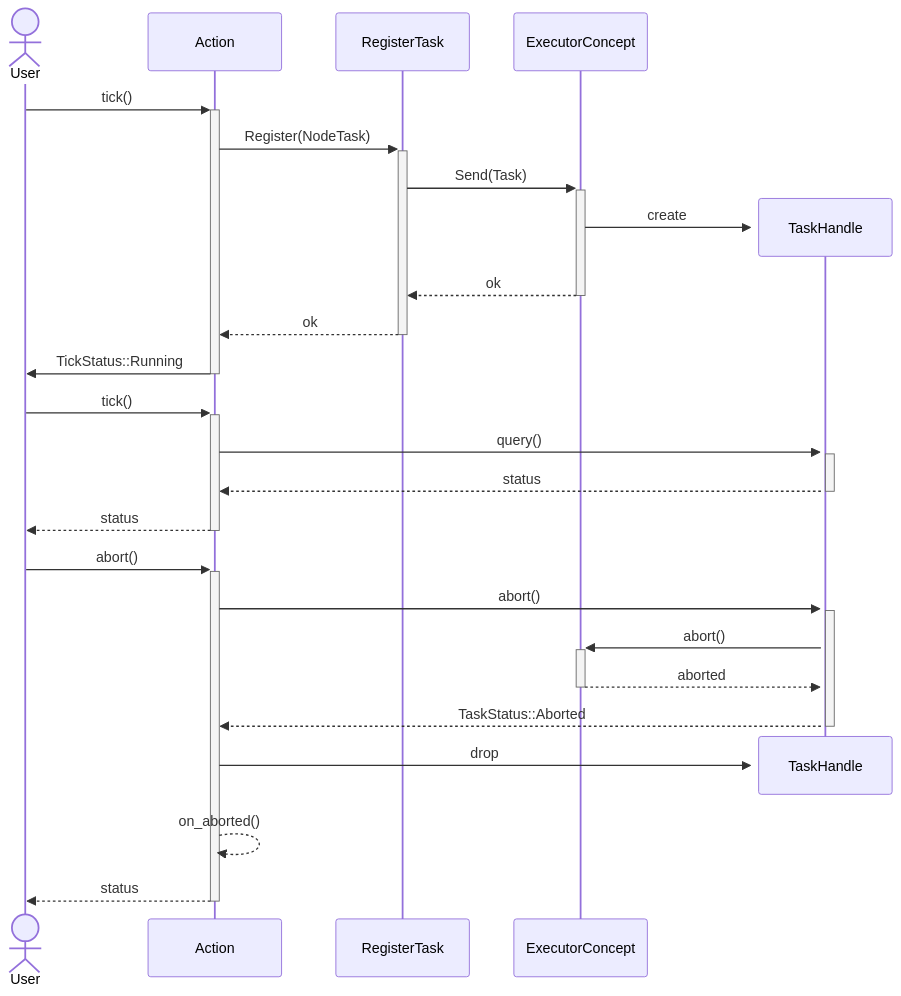
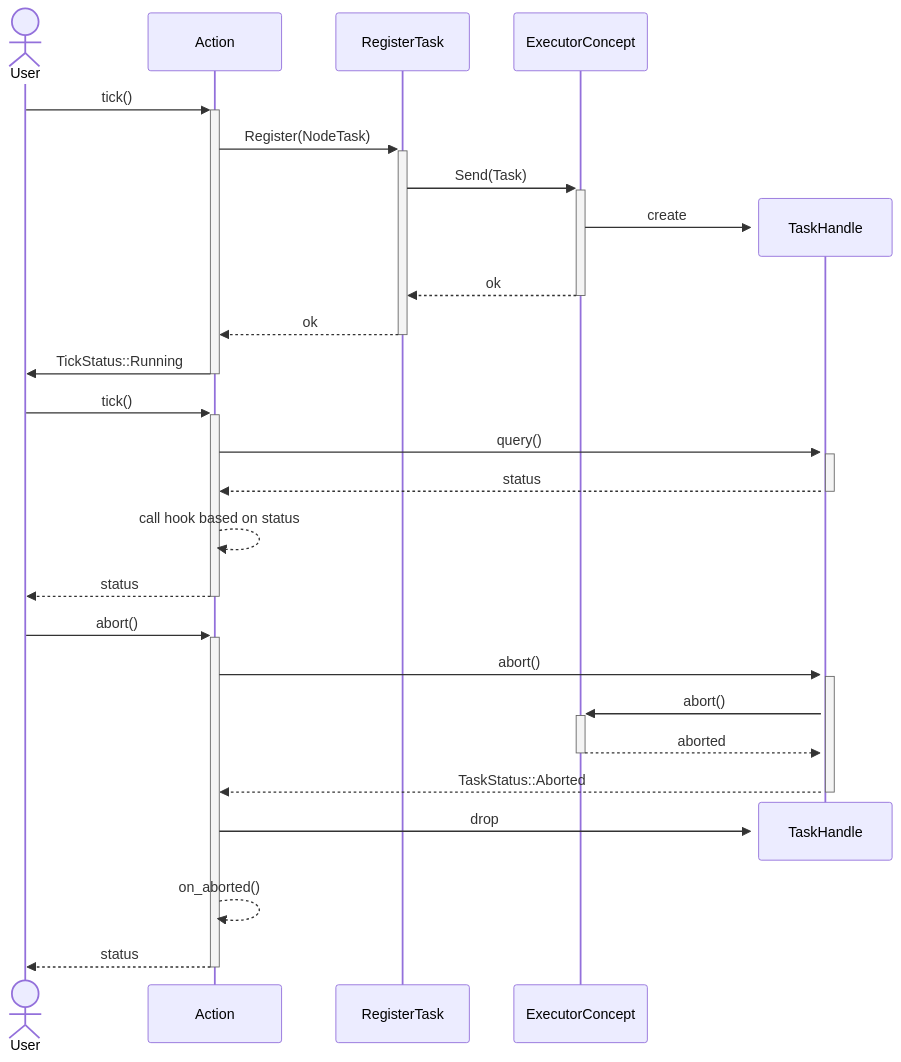
The diagram in book/src/runtime/execution.md (skullim/beetry), drawn with Mermaid before and after one commit. The commit also changed other lines of this file and 2 other files, not shown here.

Commit message:
docs(book): Document action hooks

````diff
--- a/book/src/runtime/execution.md
+++ b/book/src/runtime/execution.md
@@ -70,29 +80,30 @@
 ```mermaid
 sequenceDiagram
     actor User
     User ->>+ Action: tick()
     Action ->>+ RegisterTask: Register(NodeTask)
     RegisterTask ->>+ ExecutorConcept: Send(Task)
     create participant TaskHandle
     ExecutorConcept ->>+ TaskHandle: create
     ExecutorConcept -->>- RegisterTask: ok
     RegisterTask -->>- Action: ok
     Action ->>- User: TickStatus::Running
 
     User ->>+ Action: tick()
     Action ->>+ TaskHandle: query()
     TaskHandle -->>- Action: status
+    Action -->> Action: call hook based on status
     Action -->>- User: status
 
     User ->>+ Action: abort()
     Action ->>+ TaskHandle: abort()
     TaskHandle ->>+ ExecutorConcept: abort()
     ExecutorConcept -->>- TaskHandle: aborted
     TaskHandle -->>- Action: TaskStatus::Aborted
     destroy TaskHandle
     Action ->> TaskHandle: drop
 
     Action -->> Action: on_aborted()
 
     Action -->>- User: status
 ```
````
